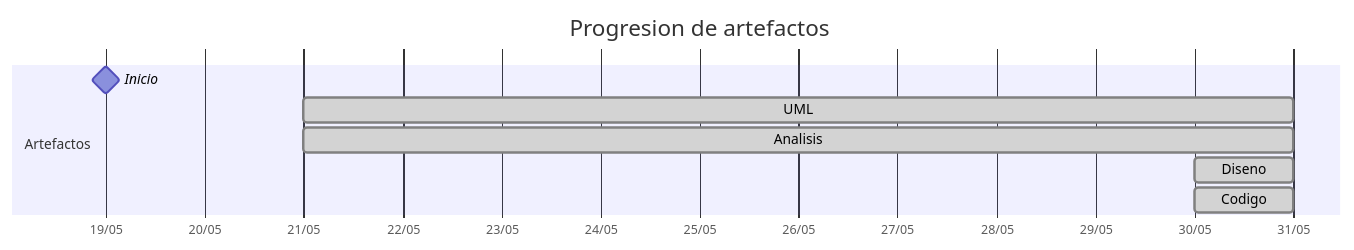
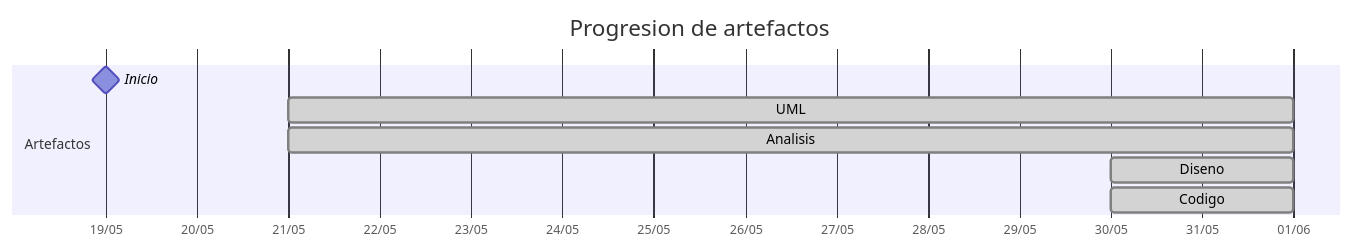
The diagram in TIMELINES/Pareyor.md (carlos-alvarado-25/25-26-idsw2-sdVC), drawn with Mermaid before and after one commit. The commit also changed other lines of this file and 5 other files, not shown here.

````diff
--- a/TIMELINES/Pareyor.md
+++ b/TIMELINES/Pareyor.md
@@ -22,12 +22,12 @@
 ```mermaid
 gantt
     title Progresion de artefactos
     dateFormat YYYY-MM-DD
     axisFormat %d/%m
     section Artefactos
         Inicio       :milestone, 2026-05-19, 0d
-        UML          :done, 2026-05-21, 2026-05-31
-        Analisis     :done, 2026-05-21, 2026-05-31
-        Diseno       :done, 2026-05-30, 2026-05-31
-        Codigo       :done, 2026-05-30, 2026-05-31
+        UML          :done, 2026-05-21, 2026-06-01
+        Analisis     :done, 2026-05-21, 2026-06-01
+        Diseno       :done, 2026-05-30, 2026-06-01
+        Codigo       :done, 2026-05-30, 2026-06-01
 ```
````
